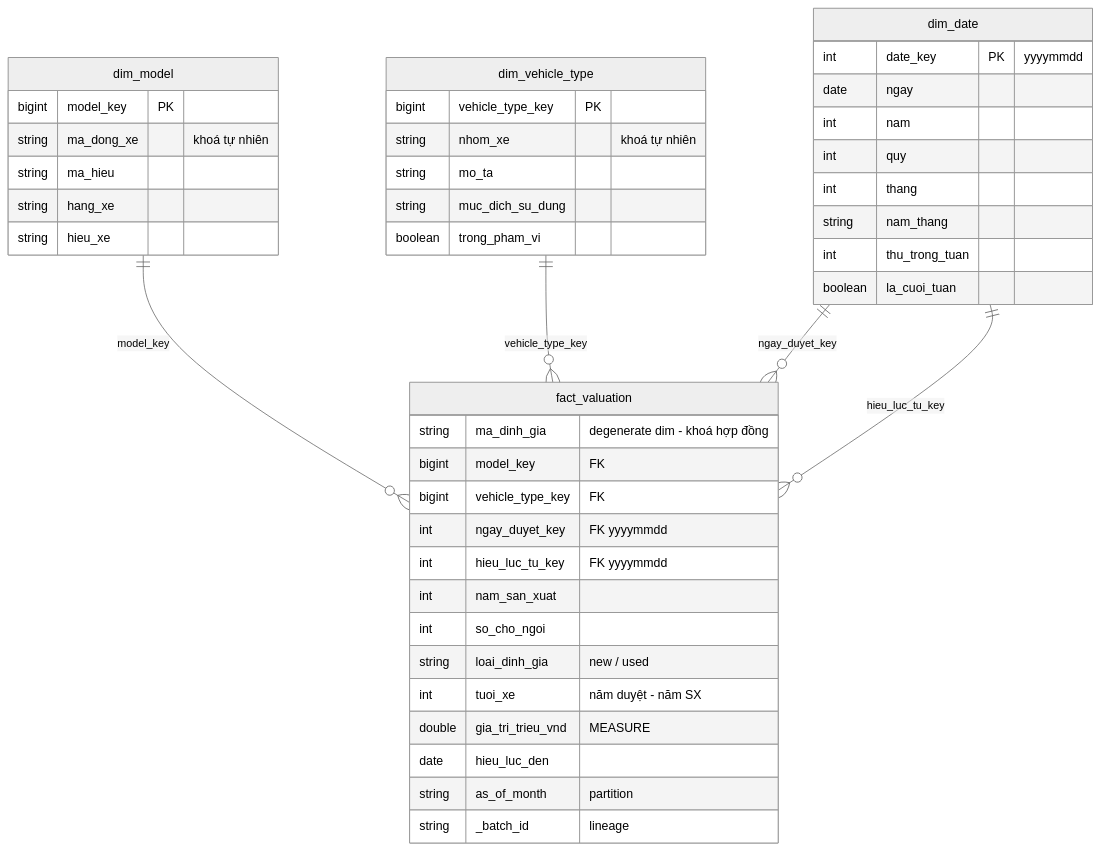
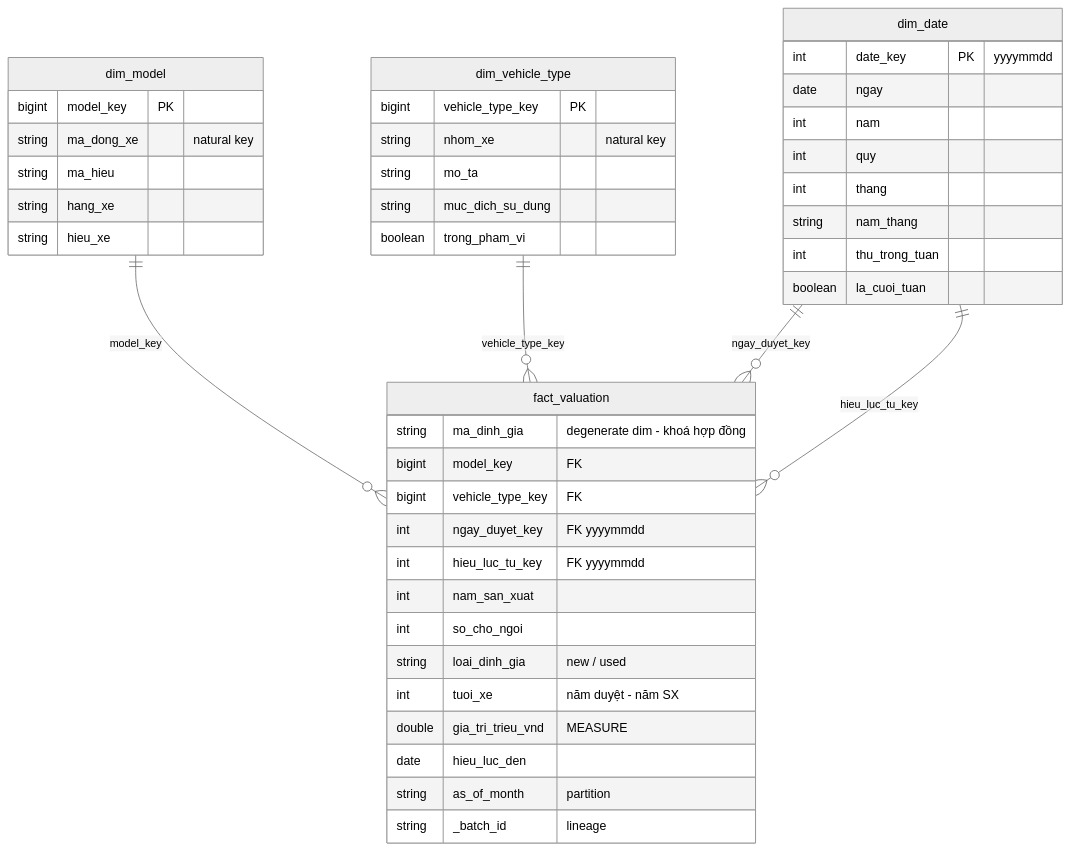
The diagram in README.md (AIVIETNAM-AIO-TQNHAN/gia_tri_xe_oto), drawn with Mermaid (neutral theme) before and after one commit. The commit also changed other lines of this file and 13 other files, not shown here.

````diff
--- a/README.md
+++ b/README.md
@@ -113,47 +114,47 @@
 ```mermaid
 erDiagram
     dim_model        ||--o{ fact_valuation : "model_key"
     dim_vehicle_type ||--o{ fact_valuation : "vehicle_type_key"
     dim_date         ||--o{ fact_valuation : "ngay_duyet_key"
     dim_date         ||--o{ fact_valuation : "hieu_luc_tu_key"
 
     fact_valuation {
         string ma_dinh_gia       "degenerate dim - khoá hợp đồng"
         bigint model_key         "FK"
         bigint vehicle_type_key  "FK"
         int    ngay_duyet_key    "FK yyyymmdd"
         int    hieu_luc_tu_key   "FK yyyymmdd"
         int    nam_san_xuat
         int    so_cho_ngoi
         string loai_dinh_gia     "new / used"
         int    tuoi_xe           "năm duyệt - năm SX"
         double gia_tri_trieu_vnd "MEASURE"
         date   hieu_luc_den
         string as_of_month       "partition"
         string _batch_id         "lineage"
     }
     dim_model {
         bigint model_key PK
-        string ma_dong_xe "khoá tự nhiên"
+        string ma_dong_xe "natural key"
         string ma_hieu
         string hang_xe
         string hieu_xe
     }
     dim_vehicle_type {
         bigint  vehicle_type_key PK
-        string  nhom_xe "khoá tự nhiên"
+        string  nhom_xe "natural key"
         string  mo_ta
         string  muc_dich_su_dung
         boolean trong_pham_vi
     }
     dim_date {
         int     date_key PK "yyyymmdd"
         date    ngay
         int     nam
         int     quy
         int     thang
         string  nam_thang
         int     thu_trong_tuan
         boolean la_cuoi_tuan
     }
 ```
````
